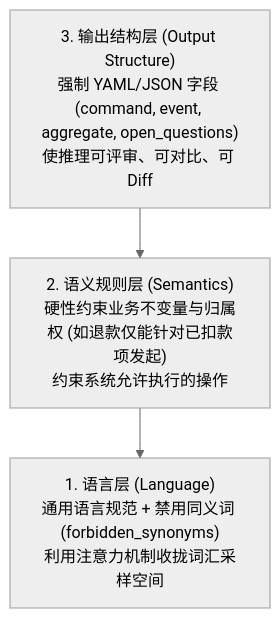
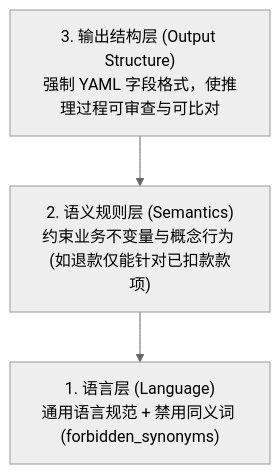
Before and after one commit to Jkortex/orange: the second of 2 diagrams in content/posts/2026-10-21-ai-ddd-05-defining-rules.md, drawn with Mermaid (neutral theme). The commit also changed other lines of this file and 9 other files, not shown here.

````diff
--- a/content/posts/2026-10-21-ai-ddd-05-defining-rules.md
+++ b/content/posts/2026-10-21-ai-ddd-05-defining-rules.md
@@ -42,5 +37,5 @@
 ```mermaid
 flowchart TD
-    L3["3. 输出结构层 (Output Structure)<br/>强制 YAML/JSON 字段 (command, event, aggregate, open_questions)<br/>使推理可评审、可对比、可 Diff"] --> L2["2. 语义规则层 (Semantics)<br/>硬性约束业务不变量与归属权 (如退款仅能针对已扣款项发起)<br/>约束系统允许执行的操作"]
-    L2 --> L1["1. 语言层 (Language)<br/>通用语言规范 + 禁用同义词 (forbidden_synonyms)<br/>利用注意力机制收拢词汇采样空间"]
+    L3["3. 输出结构层 (Output Structure)<br/>强制 YAML 字段格式，使推理过程可审查与可比对"] --> L2["2. 语义规则层 (Semantics)<br/>约束业务不变量与概念行为 (如退款仅能针对已扣款款项)"]
+    L2 --> L1["1. 语言层 (Language)<br/>通用语言规范 + 禁用同义词 (forbidden_synonyms)"]
 ```
````
